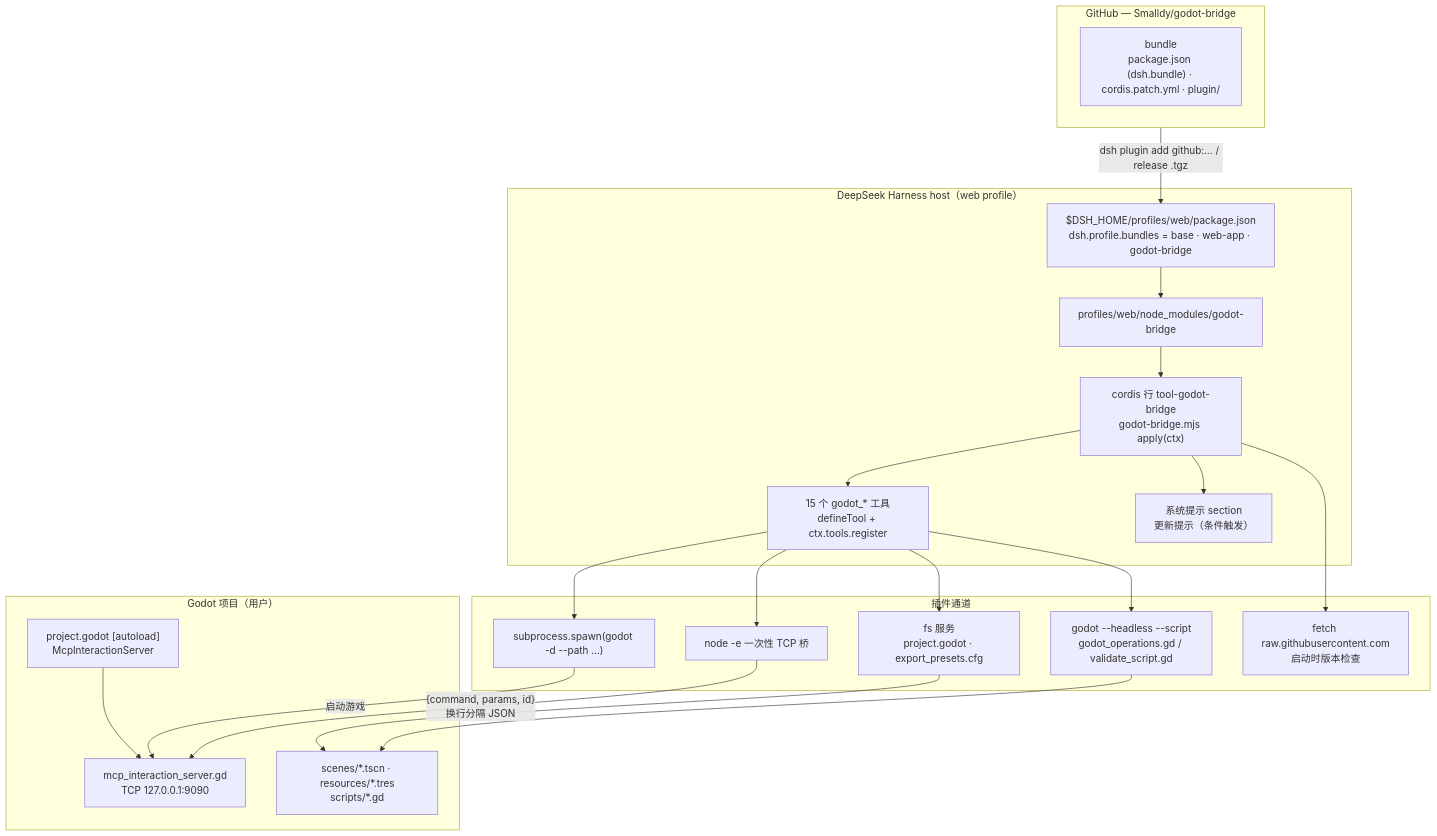
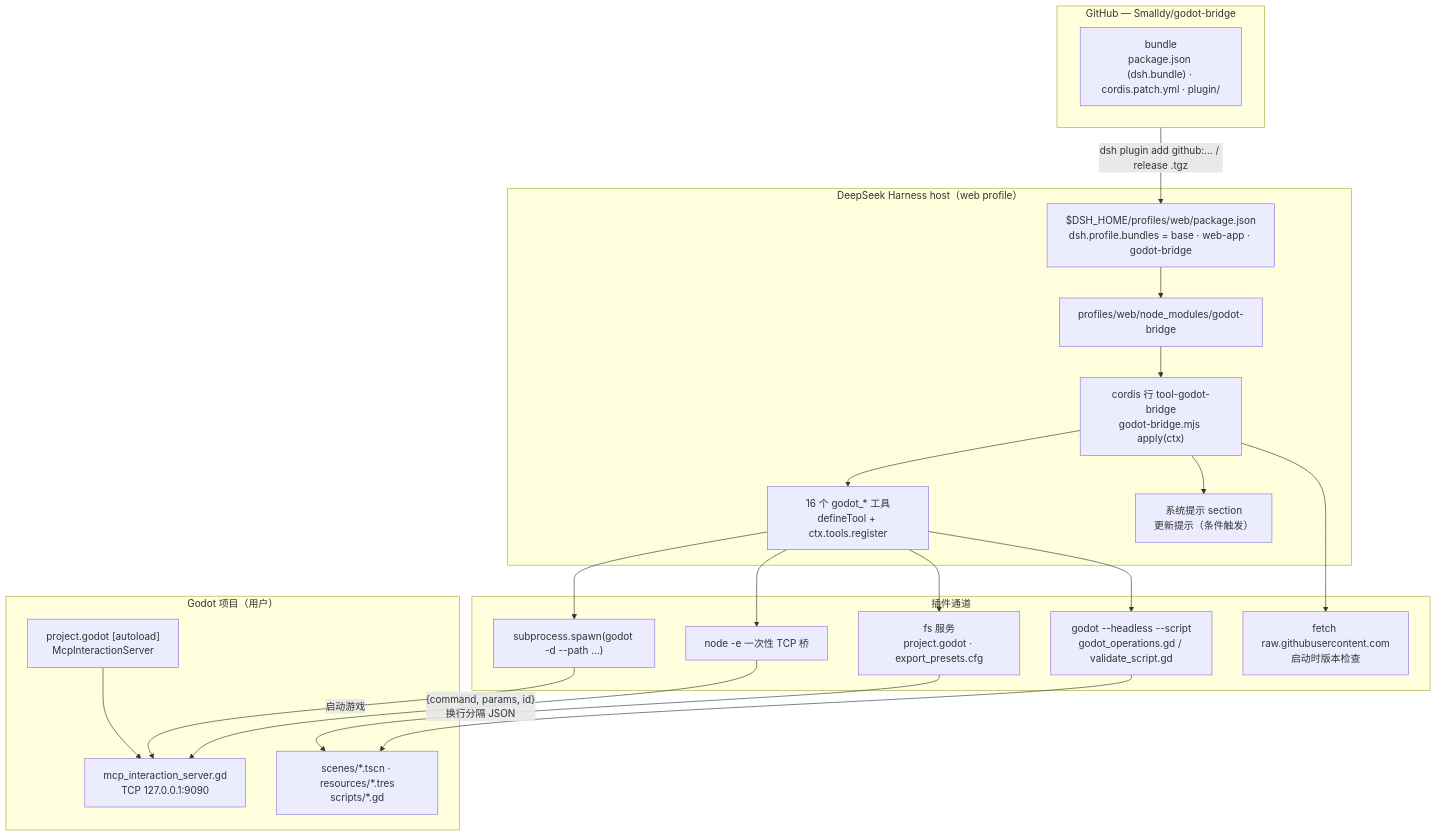
The first of 4 diagrams in ARCHITECTURE.zh-CN.md (Smalldy/godot-bridge), drawn with Mermaid before and after one commit. The commit also changed 9 other files, not shown here.

````diff
--- a/ARCHITECTURE.zh-CN.md
+++ b/ARCHITECTURE.zh-CN.md
@@ -47,44 +47,44 @@
 ```mermaid
 flowchart TB
     subgraph GITHUB["GitHub — Smalldy/godot-bridge"]
         REPO["bundle<br/>package.json (dsh.bundle) · cordis.patch.yml · plugin/"]
     end
 
     subgraph DSH["DeepSeek Harness host（web profile）"]
         PROFILE["$DSH_HOME/profiles/web/package.json<br/>dsh.profile.bundles = base · web-app · godot-bridge"]
         NODE["profiles/web/node_modules/godot-bridge"]
         PLUGIN["cordis 行 tool-godot-bridge<br/>godot-bridge.mjs apply(ctx)"]
-        TOOLS["15 个 godot_* 工具<br/>defineTool + ctx.tools.register"]
+        TOOLS["16 个 godot_* 工具<br/>defineTool + ctx.tools.register"]
         PROMPT["系统提示 section<br/>更新提示（条件触发）"]
     end
 
     subgraph CHANNELS["插件通道"]
         BRIDGE["node -e 一次性 TCP 桥"]
         HEADLESS["godot --headless --script<br/>godot_operations.gd / validate_script.gd"]
         PROC["subprocess.spawn(godot -d --path …)"]
         FILE["fs 服务<br/>project.godot · export_presets.cfg"]
         NET["fetch raw.githubusercontent.com<br/>启动时版本检查"]
     end
 
     subgraph GAME["Godot 项目（用户）"]
         AUTOLOAD["project.godot [autoload]<br/>McpInteractionServer"]
         SERVER["mcp_interaction_server.gd<br/>TCP 127.0.0.1:9090"]
         SFILES["scenes/*.tscn · resources/*.tres<br/>scripts/*.gd"]
     end
 
     GITHUB -->|"dsh plugin add github:… / release .tgz"| PROFILE
     PROFILE --> NODE
     NODE --> PLUGIN
     PLUGIN --> TOOLS
     PLUGIN --> PROMPT
     TOOLS --> BRIDGE
     BRIDGE -->|"{command, params, id}<br/>换行分隔 JSON"| SERVER
     TOOLS --> HEADLESS
     HEADLESS --> SFILES
     TOOLS --> PROC
     PROC -->|"启动游戏"| SERVER
     TOOLS --> FILE
     FILE --> SFILES
     PLUGIN --> NET
     AUTOLOAD --> SERVER
 ```
````
